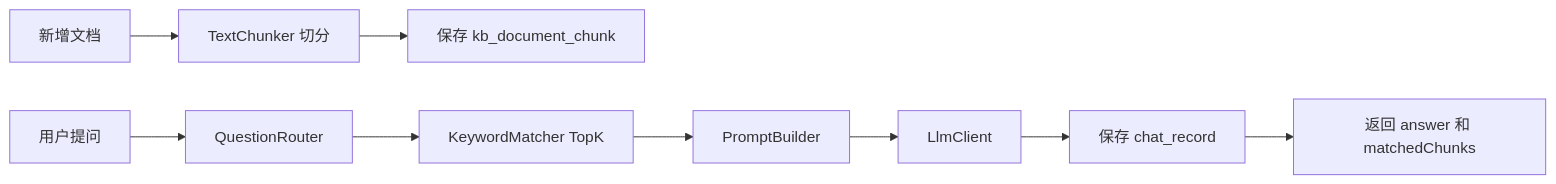
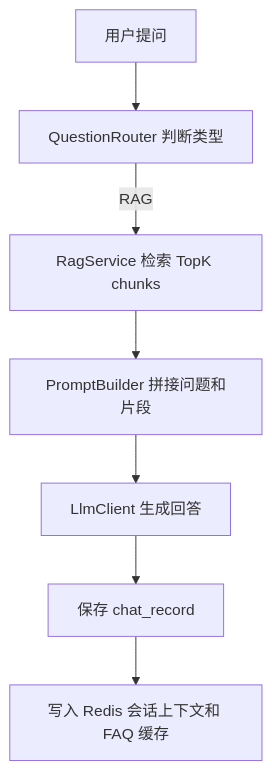
The second of 2 diagrams in README.md (SodaWWater/campus-ai-assistant), drawn with Mermaid before and after one commit. The commit also changed other lines of this file and 31 other files, not shown here.

````diff
--- a/README.md
+++ b/README.md
@@ -51,11 +40,9 @@
 ```mermaid
-flowchart LR
-    A["新增文档"] --> B["TextChunker 切分"]
-    B --> C["保存 kb_document_chunk"]
-    D["用户提问"] --> E["QuestionRouter"]
-    E --> F["KeywordMatcher TopK"]
-    F --> G["PromptBuilder"]
-    G --> H["LlmClient"]
-    H --> I["保存 chat_record"]
-    I --> J["返回 answer 和 matchedChunks"]
+flowchart TD
+  A["用户提问"] --> B["QuestionRouter 判断类型"]
+  B -->|RAG| C["RagService 检索 TopK chunks"]
+  C --> D["PromptBuilder 拼接问题和片段"]
+  D --> E["LlmClient 生成回答"]
+  E --> F["保存 chat_record"]
+  F --> G["写入 Redis 会话上下文和 FAQ 缓存"]
 ```
````
